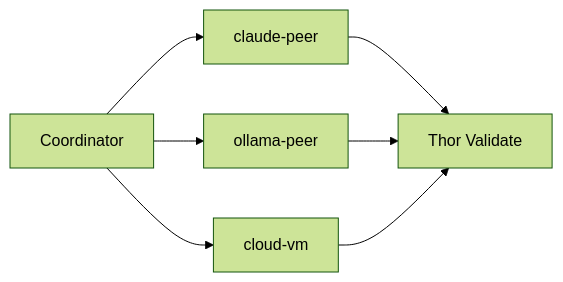
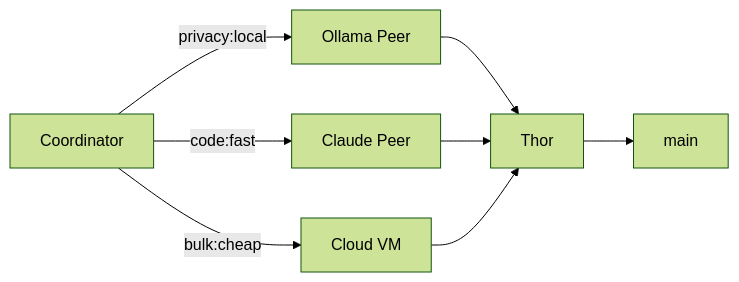
The fourth of 4 diagrams in README.md (Roberdan/MyConvergio), drawn with Mermaid (forest theme) before and after one commit. The commit also changed other lines of this file and 1 other file, not shown here.

````diff
--- a/README.md
+++ b/README.md
@@ -146,9 +164,10 @@
 ```mermaid
 flowchart LR
-    CO[Coordinator] --> CP[claude-peer]
-    CO --> OP[ollama-peer]
-    CO --> VM[cloud-vm]
-    CP --> TH[Thor Validate]
-    OP --> TH
+    CO["Coordinator"] --> |"privacy:local"| OL["Ollama Peer"]
+    CO --> |"code:fast"| CP["Claude Peer"]
+    CO --> |"bulk:cheap"| VM["Cloud VM"]
+    OL --> TH["Thor"]
+    CP --> TH
     VM --> TH
+    TH --> M["main"]
 ```
````
